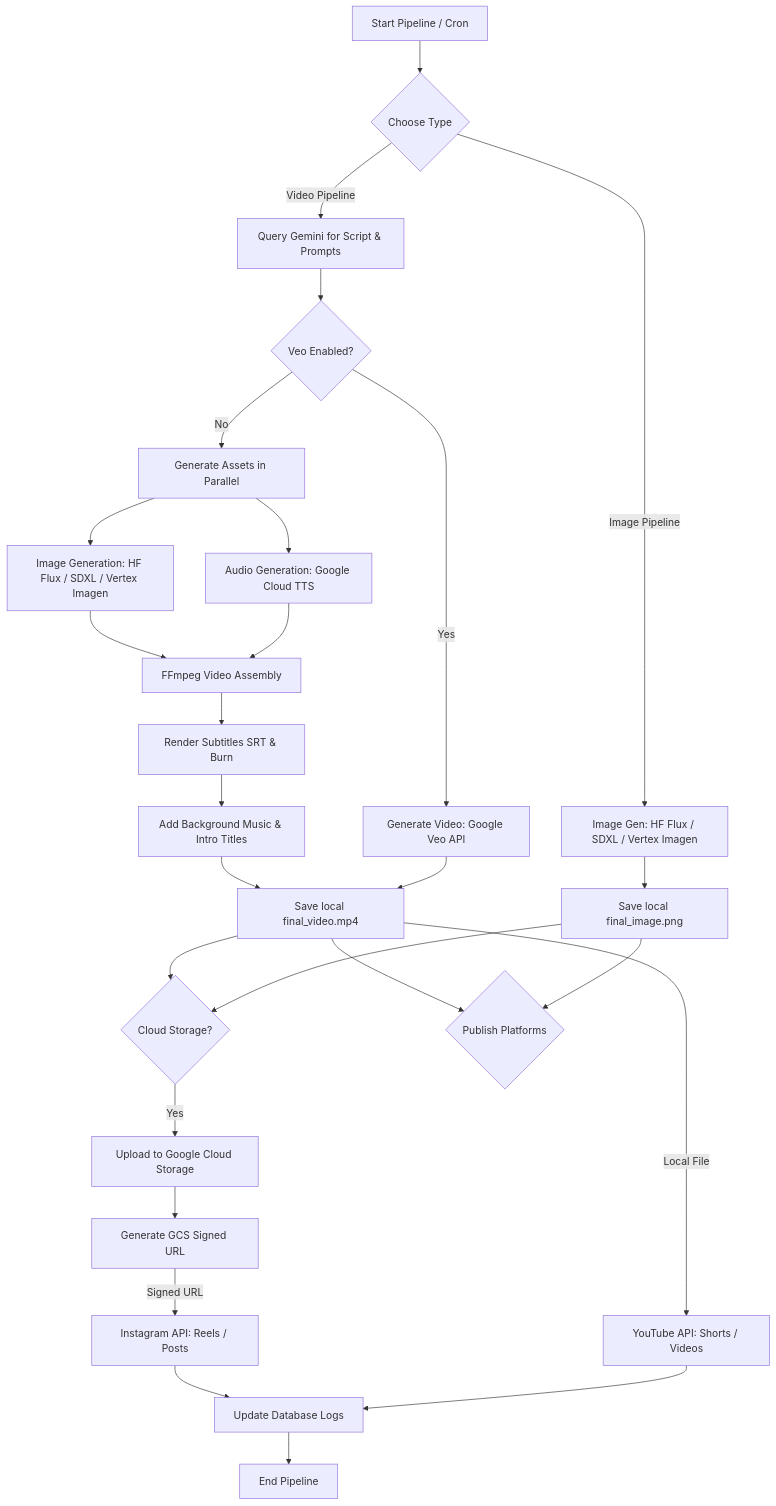
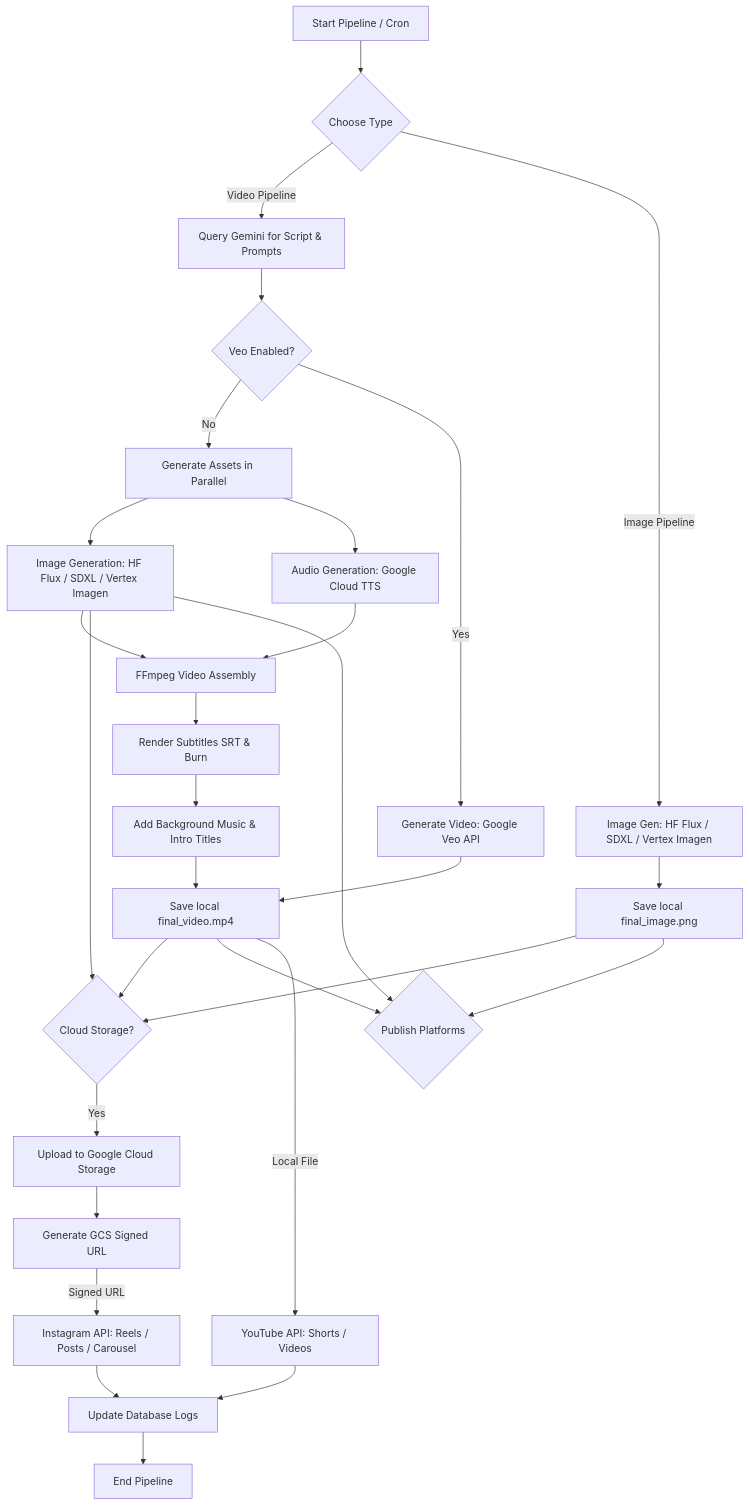
One commit to arnavbhatiamait/Social_media_content_automation changed the diagram in README.md. Above: the diagram before and after it, drawn with Mermaid.

Commit message:
docs: update README flowchart to include E-node processing and carousel support for Instagram API

````diff
--- a/README.md
+++ b/README.md
@@ -44,32 +44,32 @@
 ```mermaid
 graph TD
     A[Start Pipeline / Cron] --> B{Choose Type}
     B -- Video Pipeline --> C[Query Gemini for Script & Prompts]
     C --> VEO_CHECK{Veo Enabled?}
     
     VEO_CHECK -- No --> D[Generate Assets in Parallel]
     D --> E[Image Generation: HF Flux / SDXL / Vertex Imagen]
     D --> F[Audio Generation: Google Cloud TTS]
     E --> G[FFmpeg Video Assembly]
     F --> G
     G --> H[Render Subtitles SRT & Burn]
     H --> I[Add Background Music & Intro Titles]
     I --> J[Save local final_video.mp4]
     
     VEO_CHECK -- Yes --> VEO_GEN[Generate Video: Google Veo API]
     VEO_GEN --> J
     
     B -- Image Pipeline --> K[Image Gen: HF Flux / SDXL / Vertex Imagen]
     K --> L[Save local final_image.png]
     
-    J & L --> M{Cloud Storage?}
+    J & L & E --> M{Cloud Storage?}
     M -- Yes --> N[Upload to Google Cloud Storage]
     N --> O[Generate GCS Signed URL]
     
-    J & L --> P{Publish Platforms}
-    O -- Signed URL --> Q[Instagram API: Reels / Posts]
+    J & L & E --> P{Publish Platforms}
+    O -- Signed URL --> Q[Instagram API: Reels / Posts / Carousel]
     J -- Local File --> R[YouTube API: Shorts / Videos]
     
     Q & R --> S[Update Database Logs]
     S --> T[End Pipeline]
 ```
````
